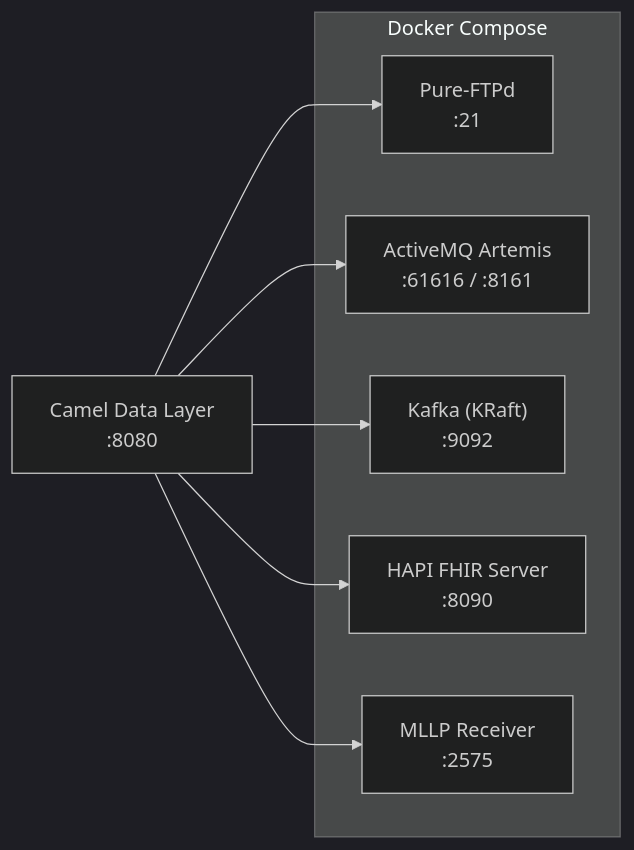
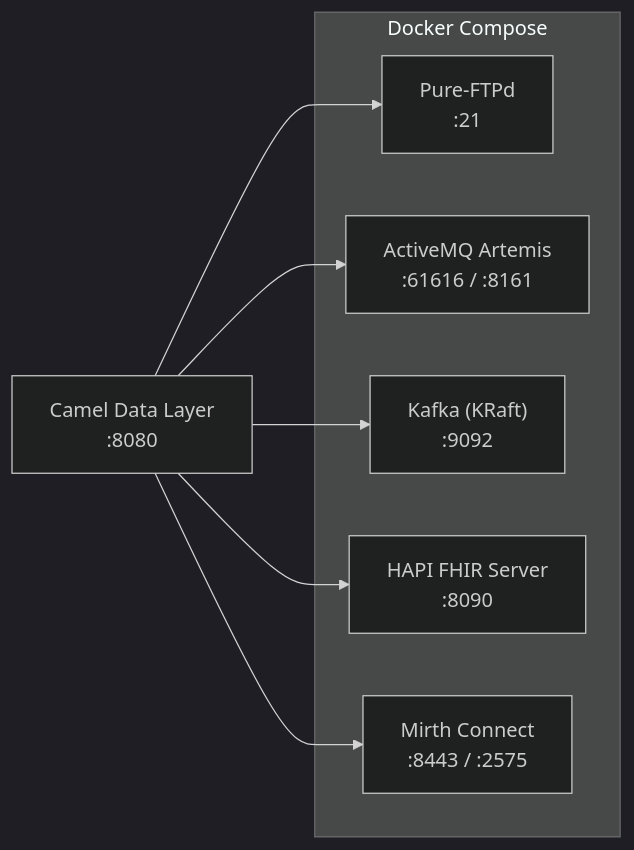
The second of 3 diagrams in README.md (samueltauil/camel-healthcare-data-hub), drawn with Mermaid (dark theme) before and after one commit. The commit also changed other lines of this file and 1 other file, not shown here.

First line of the commit message:
feat: replace socat MLLP receiver with NextGen Connect (Mirth)

````diff
--- a/README.md
+++ b/README.md
@@ -35,16 +35,16 @@
 ```mermaid
 graph LR
     subgraph Docker Compose
         FTP_SRV["Pure-FTPd\n:21"]
         AMQ["ActiveMQ Artemis\n:61616 / :8161"]
         KFK["Kafka (KRaft)\n:9092"]
         FHIR_SRV["HAPI FHIR Server\n:8090"]
-        MLLP_RCV["MLLP Receiver\n:2575"]
+        MLLP_RCV["Mirth Connect\n:8443 / :2575"]
     end
 
     APP["Camel Data Layer\n:8080"] --> FTP_SRV
     APP --> AMQ
     APP --> KFK
     APP --> FHIR_SRV
     APP --> MLLP_RCV
 ```
````
